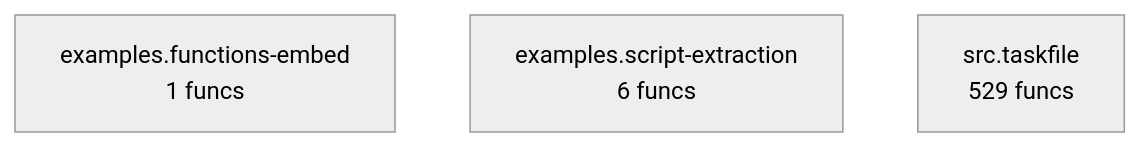
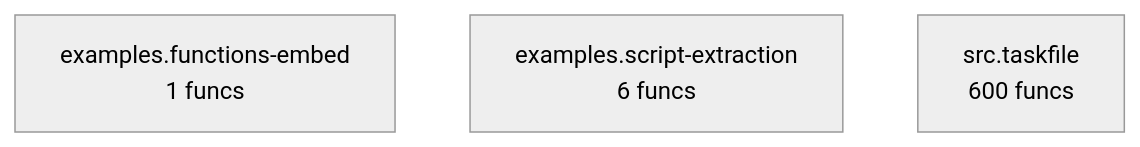
One commit to pyfunc/taskfile changed the diagram in project/compact_flow.mmd. Above: the diagram before and after it, drawn with Mermaid (neutral theme). The commit also changed 26 other files, not shown here.

```diff
--- a/project/compact_flow.mmd
+++ b/project/compact_flow.mmd
@@ -1,4 +1,4 @@
 flowchart TD
     examples_functions_embed["examples.functions-embed<br/>1 funcs"]
     examples_script_extraction["examples.script-extraction<br/>6 funcs"]
-    src_taskfile["src.taskfile<br/>529 funcs"]
+    src_taskfile["src.taskfile<br/>600 funcs"]
```
